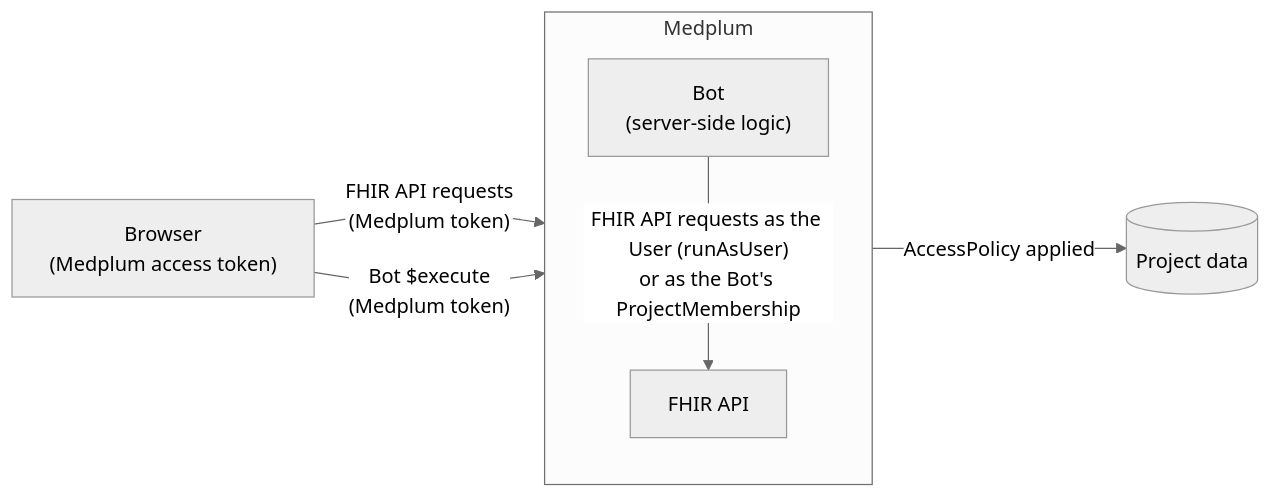
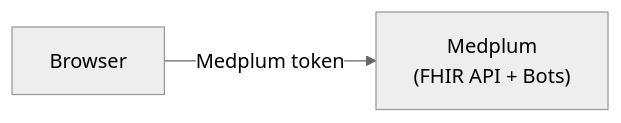
The first of 2 diagrams in packages/docs/content/docs/auth/server-to-server-communication.md (medplum/medplum), drawn with Mermaid (neutral theme) before and after one commit. The commit also changed other lines of this file, not shown here.

Commit message:
docs: simplify server-to-server communication guide

````diff
--- a/packages/docs/content/docs/auth/server-to-server-communication.md
+++ b/packages/docs/content/docs/auth/server-to-server-communication.md
@@ -22,10 +14,4 @@
 ```mermaid
 flowchart LR
-    B["Browser<br/>(Medplum access token)"] -->|"FHIR API requests<br/>(Medplum token)"| F
-    B -->|"Bot $execute<br/>(Medplum token)"| BOT
-    subgraph M["Medplum"]
-        direction TB
-        BOT["Bot<br/>(server-side logic)"] -->|"FHIR API requests as the User (runAsUser)<br/>or as the Bot's ProjectMembership"| F["FHIR API"]
-    end
-    F -->|"AccessPolicy applied"| D[("Project data")]
+    B["Browser"] -->|"Medplum token"| M["Medplum<br/>(FHIR API + Bots)"]
 ```
````
